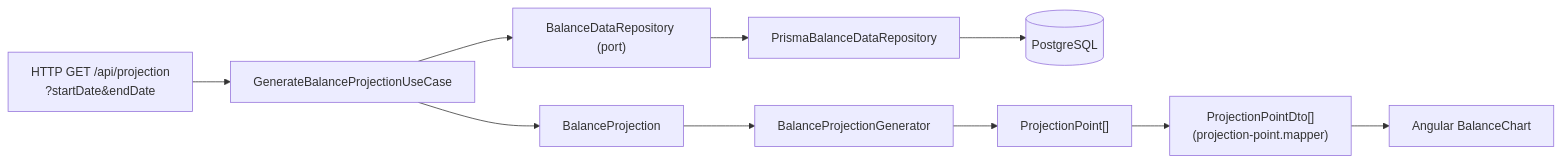
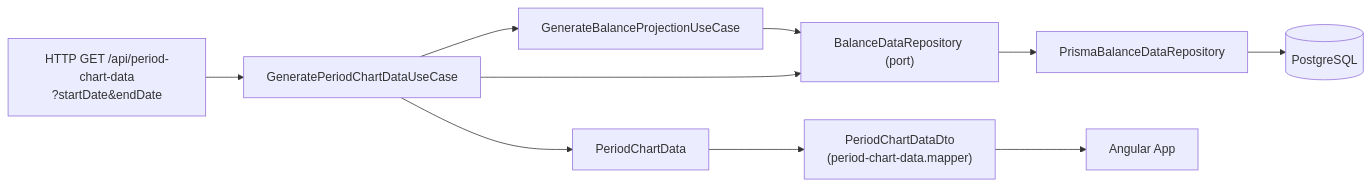
The diagram in docs/architecture/domain-model.md (loicpennamen/simple-money-planner), drawn with Mermaid before and after one commit. The commit also changed other lines of this file and 15 other files, not shown here.

Commit message:
Add data to charts

````diff
--- a/docs/architecture/domain-model.md
+++ b/docs/architecture/domain-model.md
@@ -136,12 +167,12 @@
 ```mermaid
 flowchart LR
-    A["HTTP GET /api/projection\n?startDate&endDate"] --> B[GenerateBalanceProjectionUseCase]
-    B --> C["BalanceDataRepository (port)"]
-    C --> D[PrismaBalanceDataRepository]
-    D --> E[(PostgreSQL)]
-    B --> F[BalanceProjection]
-    F --> G[BalanceProjectionGenerator]
-    G --> H["ProjectionPoint[]"]
-    H --> I["ProjectionPointDto[]\n(projection-point.mapper)"]
-    I --> J[Angular BalanceChart]
+    A["HTTP GET /api/period-chart-data\n?startDate&endDate"] --> B[GeneratePeriodChartDataUseCase]
+    B --> C[GenerateBalanceProjectionUseCase]
+    C --> D["BalanceDataRepository (port)"]
+    B --> D
+    D --> E[PrismaBalanceDataRepository]
+    E --> F[(PostgreSQL)]
+    B --> G[PeriodChartData]
+    G --> H["PeriodChartDataDto\n(period-chart-data.mapper)"]
+    H --> I[Angular App]
 ```
````
